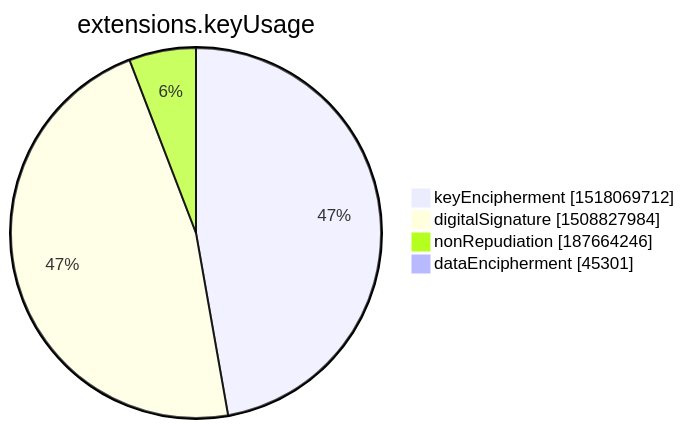
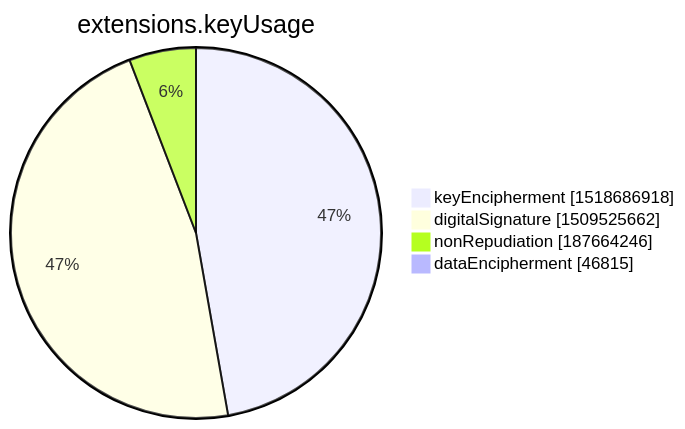
Before and after one commit to christiankrug/ctmonitor_visualization: the seventh of 15 diagrams in xenon2022/README.md, drawn with Mermaid. The commit also changed other lines of this file, not shown here.

````diff
--- a/xenon2022/README.md
+++ b/xenon2022/README.md
@@ -2846,8 +2846,8 @@
 ```mermaid
 pie showData
 title extensions.keyUsage
-"keyEncipherment" :1518069712
-"digitalSignature" :1508827984
+"keyEncipherment" :1518686918
+"digitalSignature" :1509525662
 "nonRepudiation" :187664246
-"dataEncipherment" :45301
+"dataEncipherment" :46815
 ```
````
